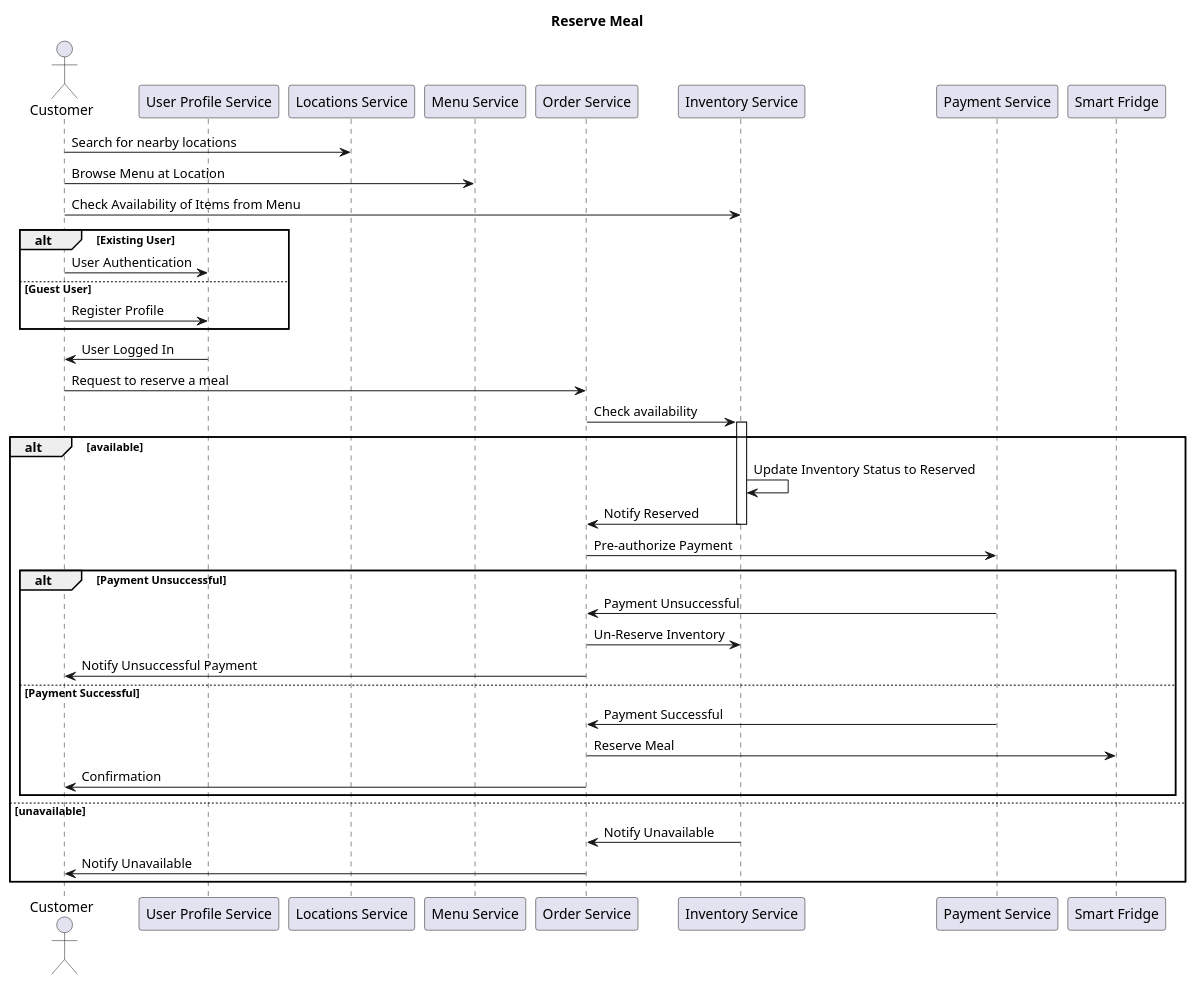
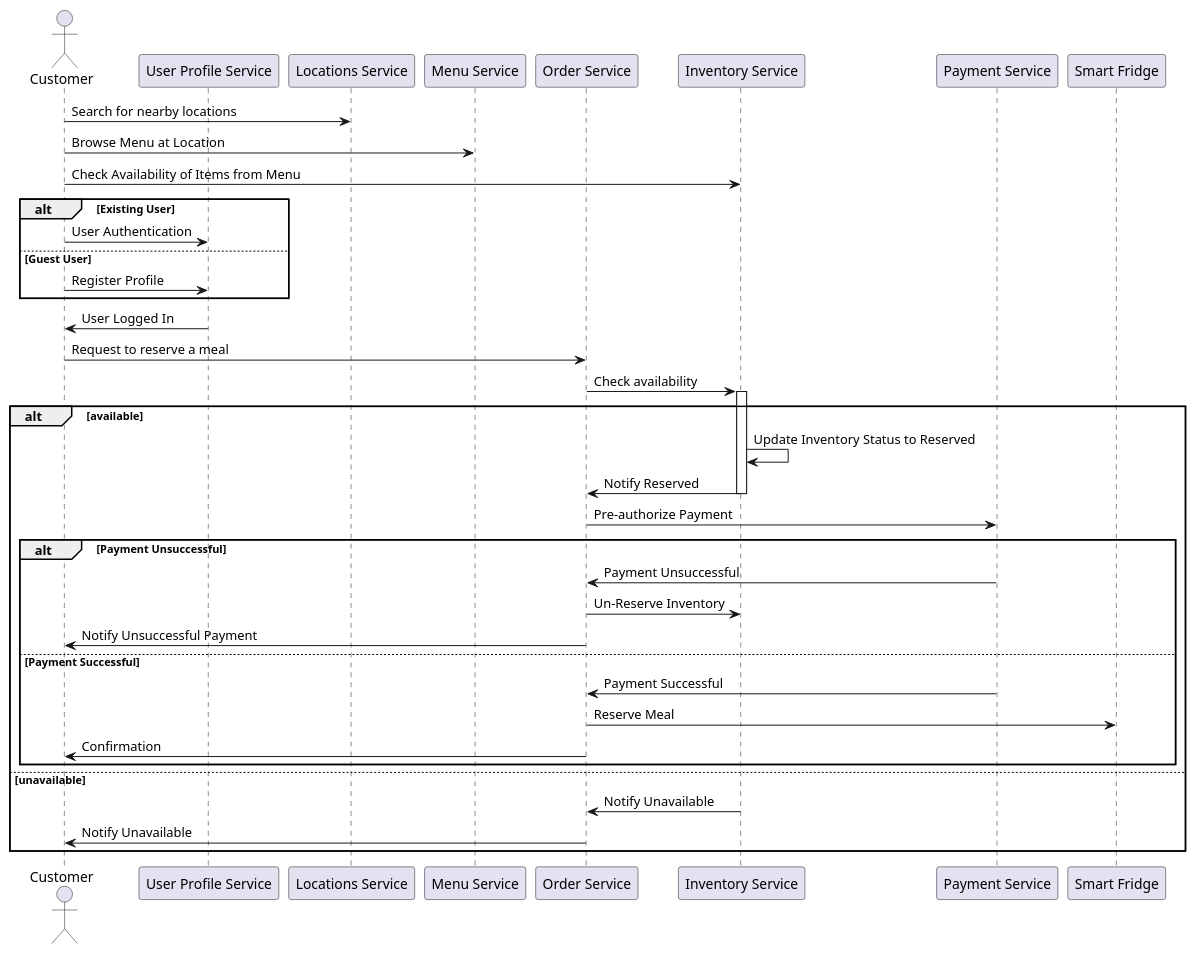
One commit to icedhacker/architecture-katas changed the diagram in sequence-diagrams/puml/reserve-meal.puml. Above: the diagram before and after it, drawn with PlantUML.

```diff
--- a/sequence-diagrams/puml/reserve-meal.puml
+++ b/sequence-diagrams/puml/reserve-meal.puml
@@ -1,44 +1,43 @@
 @startuml
-title Reserve Meal
 actor Customer as C
 participant "User Profile Service" as U
 participant "Locations Service" as L
 participant "Menu Service" as M
 participant "Order Service" as O
 participant "Inventory Service" as I
 participant "Payment Service" as P
 participant "Smart Fridge" as S
 
 C -> L: Search for nearby locations
 C -> M: Browse Menu at Location
 C -> I: Check Availability of Items from Menu
 
 alt Existing User
  C -> U: User Authentication
 else Guest User
  C -> U: Register Profile
 end
 U -> C: User Logged In
 
 C -> O: Request to reserve a meal
 O -> I: Check availability
 alt available
  activate I
    I -> I: Update Inventory Status to Reserved
    I -> O: Notify Reserved
  deactivate I
  O -> P: Pre-authorize Payment
  alt Payment Unsuccessful
   P -> O: Payment Unsuccessful
   O -> I: Un-Reserve Inventory
   O -> C: Notify Unsuccessful Payment
  else Payment Successful
   P -> O: Payment Successful
   O -> S: Reserve Meal
   O -> C: Confirmation
  end
 else unavailable
  I -> O: Notify Unavailable
  O -> C: Notify Unavailable
 end
 @enduml
```
